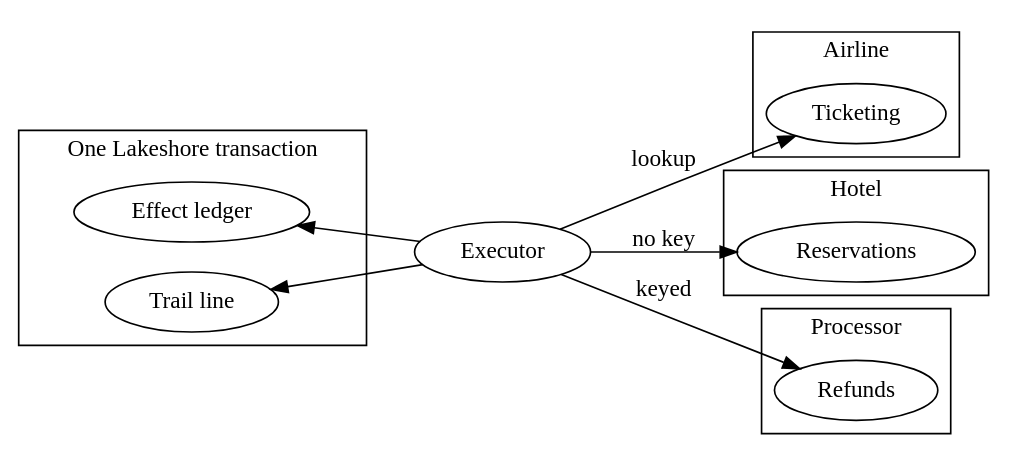
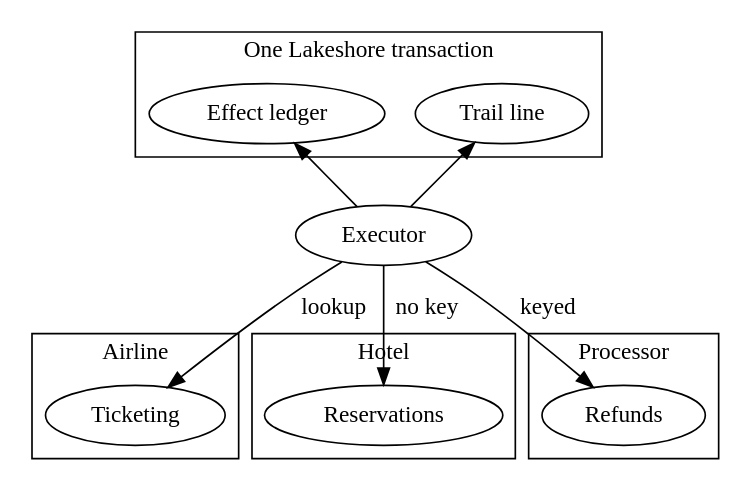
The diagram in figures/src/ch07/fig-07-8.dot (rajesh1008/system-design-book), drawn with Graphviz before and after one commit. The commit also changed 11 other files, not shown here.

```diff
--- a/figures/src/ch07/fig-07-8.dot
+++ b/figures/src/ch07/fig-07-8.dot
@@ -1,25 +1,25 @@
 // Figure 7.8  The transaction boundary, drawn
-// Reading order: left is Lakeshore's side, where one database
+// Reading order: top is Lakeshore's side, where one database
 // transaction writes the ledger entry and the trail line together.
-// Right is three suppliers, each with its own boundary. Only keyed
+// Bottom is three suppliers, each with its own boundary. Only keyed
 // requests and lookups cross the line.
 digraph boundary {
 #include "book.gv"
-  rankdir=LR;
+  rankdir=TB;
   subgraph cluster_ours { label="One Lakeshore transaction"; class="plane-evidence";
     led [label="Effect ledger", class="evidence store"];
     trl [label="Trail line", class="evidence store"];
   }
   ex [label="Executor", class="ops"];
   subgraph cluster_air { label="Airline"; class="plane-ops";
     air [label="Ticketing", class="ops external"]; }
   subgraph cluster_htl { label="Hotel"; class="plane-ops";
     htl [label="Reservations", class="ops external"]; }
   subgraph cluster_pay { label="Processor"; class="plane-ops";
     pay [label="Refunds", class="ops external"]; }
   led -> ex [class="control", dir=back];
   trl -> ex [class="trail", dir=back];
   ex -> air [label=" lookup", class="data"];
   ex -> htl [label=" no key", class="fail"];
   ex -> pay [label=" keyed", class="verified"];
 }
```
